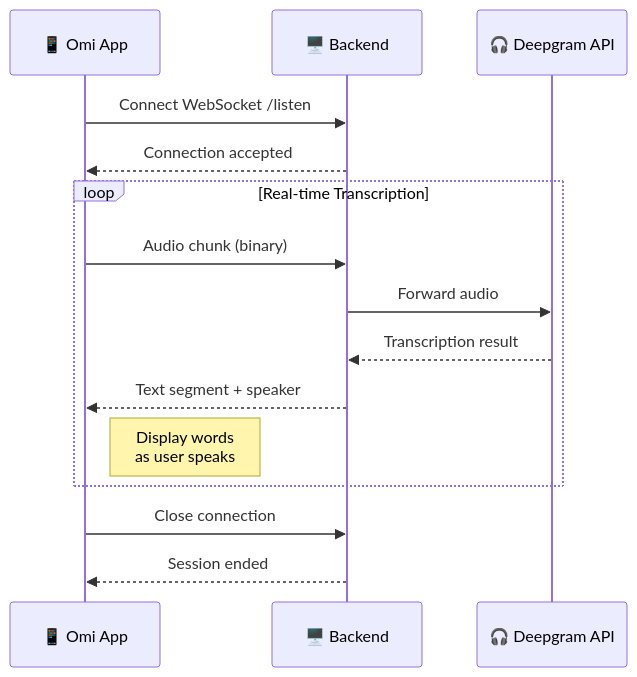
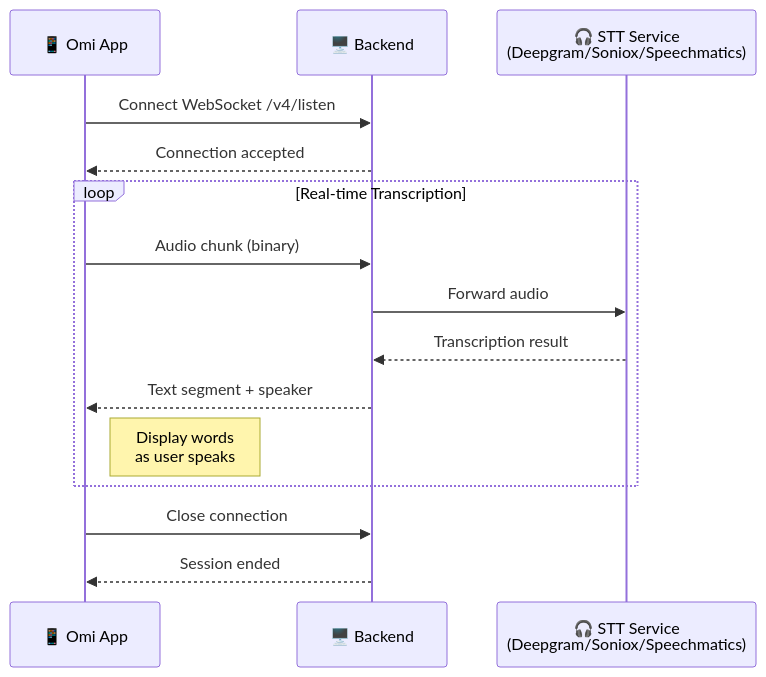
One commit to DG303/omi changed the third of 4 diagrams in docs/doc/developer/backend/backend_deepdive.mdx. Above: the diagram before and after it, drawn with Mermaid. The commit also changed other lines of this file, not shown here.

First line of the commit message:
docs: update backend deep dive documentation with API and storage enhancements

````diff
--- a/docs/doc/developer/backend/backend_deepdive.mdx
+++ b/docs/doc/developer/backend/backend_deepdive.mdx
@@ -402,20 +428,20 @@
 ```mermaid
 sequenceDiagram
     participant App as 📱 Omi App
     participant Backend as 🖥️ Backend
-    participant Deepgram as 🎧 Deepgram API
+    participant STT as 🎧 STT Service<br/>(Deepgram/Soniox/Speechmatics)
 
-    App->>Backend: Connect WebSocket /listen
+    App->>Backend: Connect WebSocket /v4/listen
     Backend-->>App: Connection accepted
 
     loop Real-time Transcription
         App->>Backend: Audio chunk (binary)
-        Backend->>Deepgram: Forward audio
-        Deepgram-->>Backend: Transcription result
+        Backend->>STT: Forward audio
+        STT-->>Backend: Transcription result
         Backend-->>App: Text segment + speaker
         Note right of App: Display words<br/>as user speaks
     end
 
     App->>Backend: Close connection
     Backend-->>App: Session ended
 ```
````
